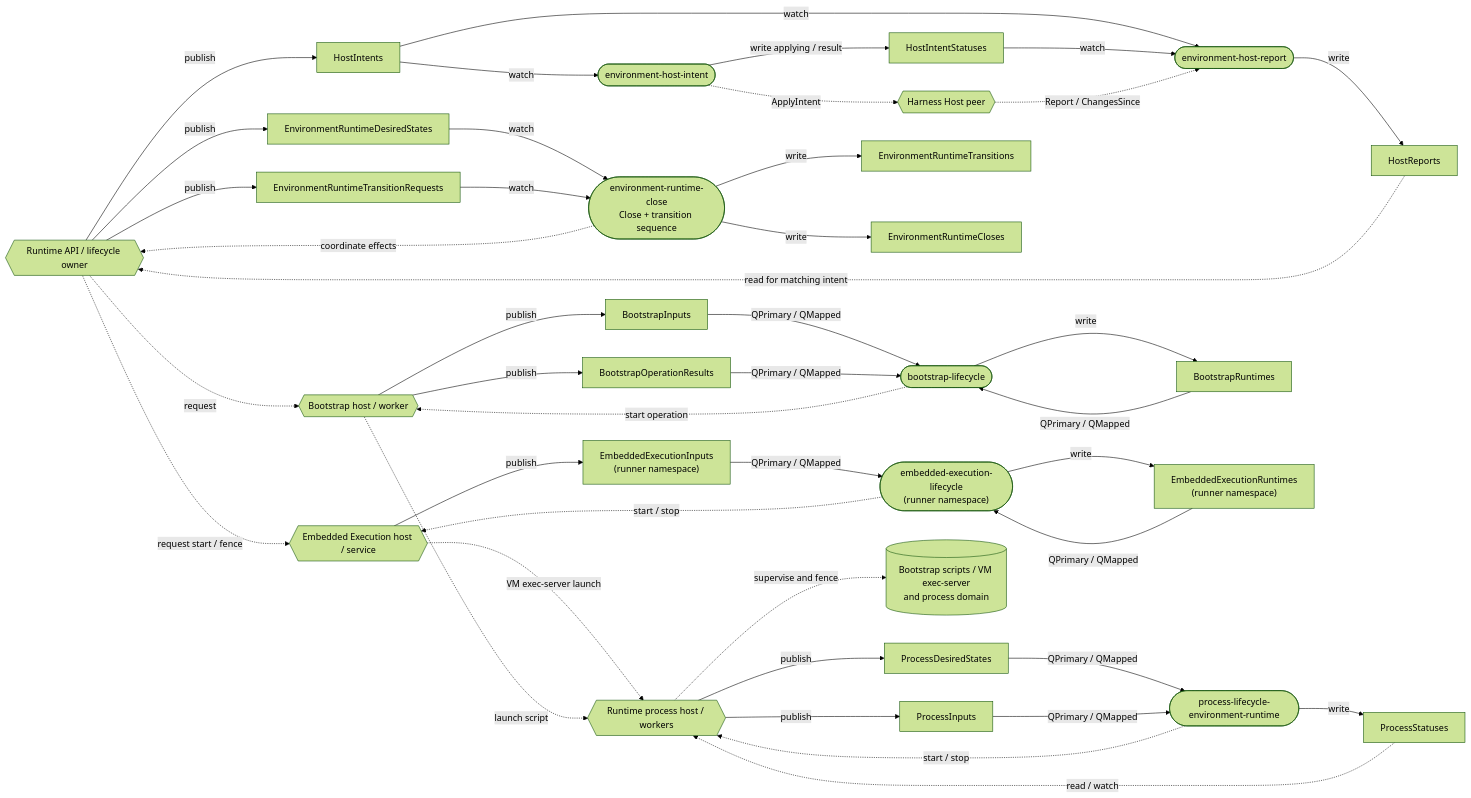
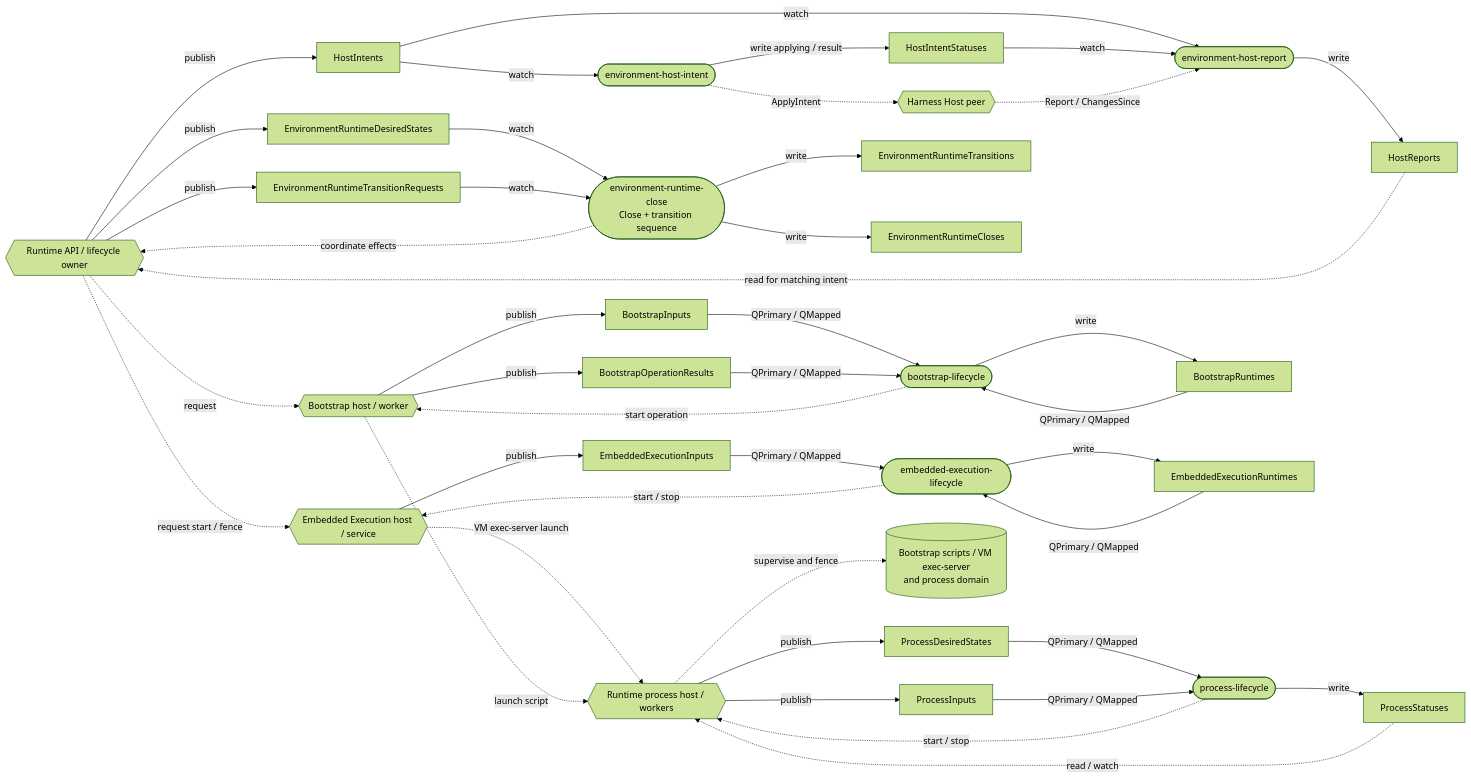
Before and after one commit to agentydragon/ducktape: the first of 7 diagrams in agentplane/env/runtime/docs/cosi.md, drawn with Mermaid (forest theme). The commit also changed other lines of this file and 29 other files, not shown here.

Commit message:
Unify runtime process reconciliation and COSI namespace

````diff
--- a/agentplane/env/runtime/docs/cosi.md
+++ b/agentplane/env/runtime/docs/cosi.md
@@ -18,60 +18,60 @@
 ```mermaid
 flowchart LR
   API{{"Runtime API / lifecycle owner"}}
   Peer{{"Harness Host peer"}}
   BH{{"Bootstrap host / worker"}}
   PH{{"Runtime process host / workers"}}
   RC(["environment-runtime-close<br/>Close + transition sequence"])
   HI(["environment-host-intent"])
   HR(["environment-host-report"])
   BC(["bootstrap-lifecycle"])
-  PC(["process-lifecycle-environment-runtime"])
-  EC(["embedded-execution-lifecycle<br/>(runner namespace)"])
+  PC(["process-lifecycle"])
+  EC(["embedded-execution-lifecycle"])
   EH{{"Embedded Execution host / service"}}
   ED["EnvironmentRuntimeDesiredStates"]
   TR["EnvironmentRuntimeTransitionRequests"]
   TS["EnvironmentRuntimeTransitions"]
   CL["EnvironmentRuntimeCloses"]
   I["HostIntents"]
   IS["HostIntentStatuses"]
   R["HostReports"]
   BI["BootstrapInputs"]
   BO["BootstrapOperationResults"]
   BR["BootstrapRuntimes"]
   PD["ProcessDesiredStates"]
   PI["ProcessInputs"]
   PS["ProcessStatuses"]
-  EI["EmbeddedExecutionInputs<br/>(runner namespace)"]
-  ER["EmbeddedExecutionRuntimes<br/>(runner namespace)"]
+  EI["EmbeddedExecutionInputs"]
+  ER["EmbeddedExecutionRuntimes"]
   Native[("Bootstrap scripts / VM exec-server<br/>and process domain")]
 
   API -->|publish| ED & TR & I
   ED & TR -->|watch| RC
   RC -->|write| CL & TS
   RC -.->|coordinate effects| API
   API -.->|request start / fence| EH
   EH -->|publish| EI
   EI & ER -->|QPrimary / QMapped| EC
   EC -->|write| ER
   EC -.->|start / stop| EH
   EH -.->|VM exec-server launch| PH
   I -->|watch| HI
   HI -->|write applying / result| IS
   HI -.->|ApplyIntent| Peer
   I & IS -->|watch| HR
   Peer -.->|Report / ChangesSince| HR
   HR -->|write| R
   R -.->|read for matching intent| API
   API -.->|request| BH
   BH -->|publish| BI & BO
   BI & BO & BR -->|QPrimary / QMapped| BC
   BC -->|write| BR
   BC -.->|start operation| BH
   BH -.->|launch script| PH
   PH -->|publish| PD & PI
   PD & PI -->|QPrimary / QMapped| PC
   PC -->|write| PS
   PC -.->|start / stop| PH
   PH -.->|supervise and fence| Native
   PS -.->|read / watch| PH
 ```
````
